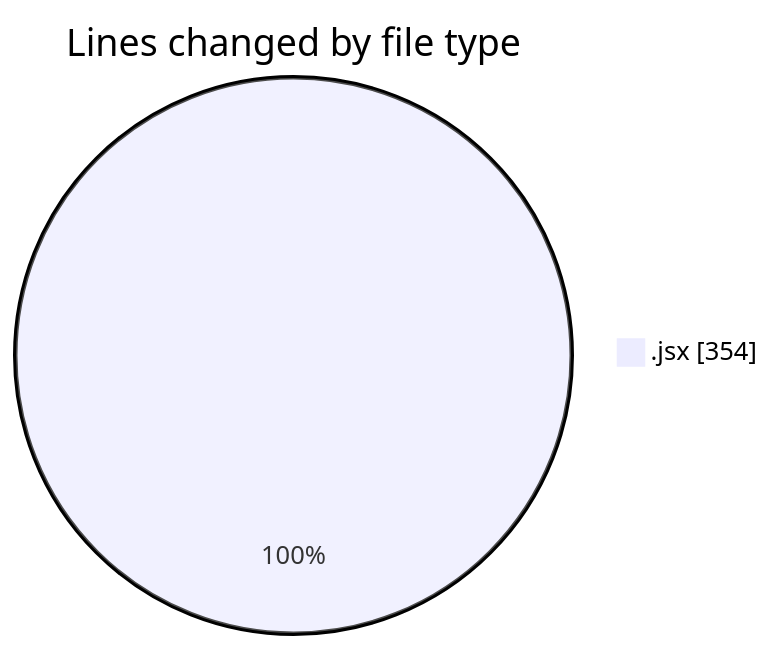
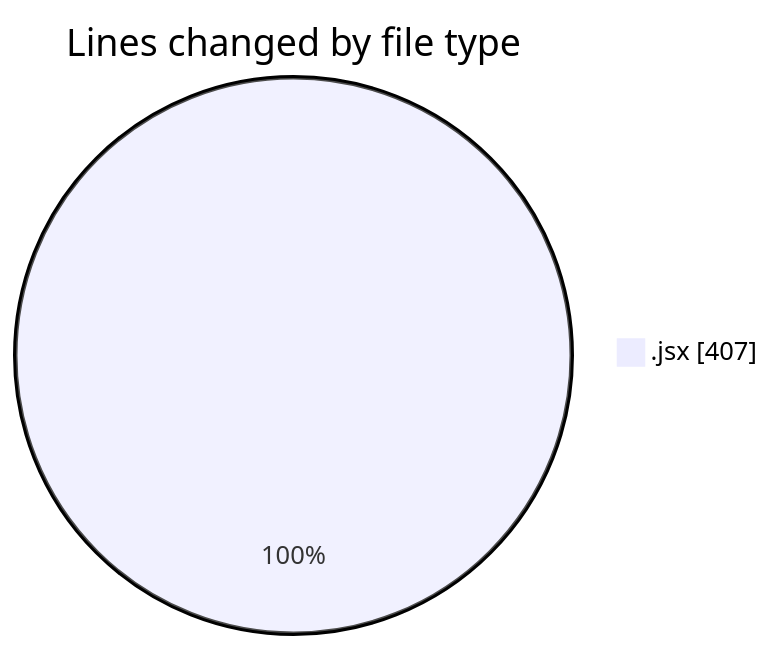
Before and after one commit to nxtqubesakshisongat/code-tracking: the first of 2 diagrams in 2025-11-30/nxtqube_webapp/README.md, drawn with Mermaid. The commit also changed other lines of this file and 1 other file, not shown here.

````diff
--- a/2025-11-30/nxtqube_webapp/README.md
+++ b/2025-11-30/nxtqube_webapp/README.md
@@ -20,5 +20,5 @@
 ```mermaid
 pie showData
 title Lines changed by file type
-".jsx" : 354
+".jsx" : 407
 ```
````
